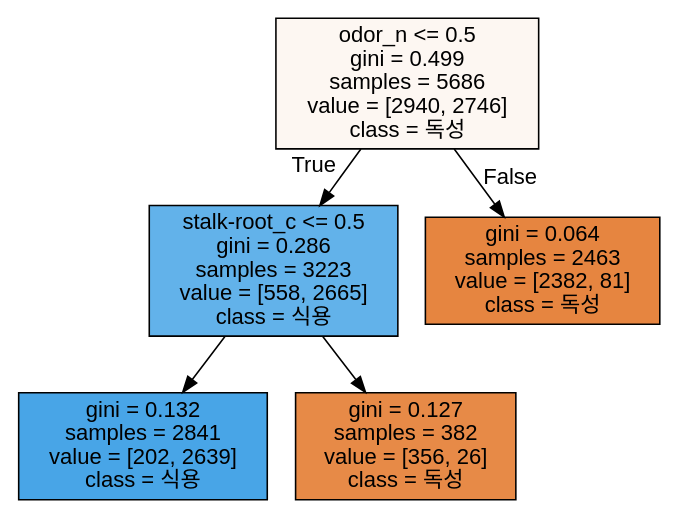
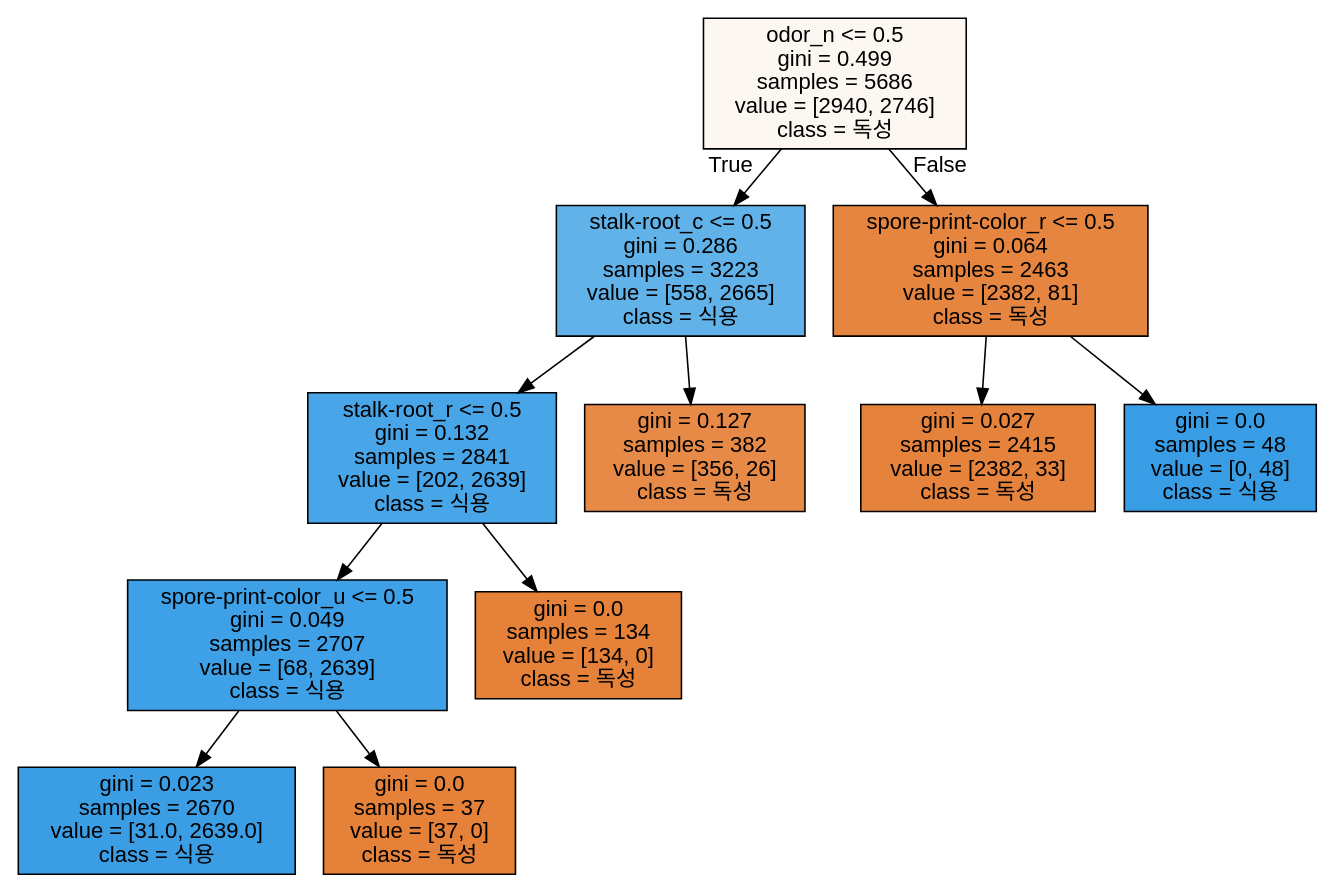
Before and after one commit to hongjinkong/study: the diagram in machine learning/data/tree4.dot, drawn with Graphviz. The commit also changed 13 other files, not shown here.

```diff
--- a/machine learning/data/tree4.dot
+++ b/machine learning/data/tree4.dot
@@ -1,13 +1,25 @@
 digraph Tree {
 node [shape=box, style="filled", color="black", fontname="helvetica"] ;
 edge [fontname="helvetica"] ;
 0 [label="odor_n <= 0.5\ngini = 0.499\nsamples = 5686\nvalue = [2940, 2746]\nclass = 독성", fillcolor="#fdf7f2"] ;
 1 [label="stalk-root_c <= 0.5\ngini = 0.286\nsamples = 3223\nvalue = [558, 2665]\nclass = 식용", fillcolor="#62b2ea"] ;
 0 -> 1 [labeldistance=2.5, labelangle=45, headlabel="True"] ;
-2 [label="gini = 0.132\nsamples = 2841\nvalue = [202, 2639]\nclass = 식용", fillcolor="#48a5e7"] ;
-1 -> 2 ;
-3 [label="gini = 0.127\nsamples = 382\nvalue = [356, 26]\nclass = 독성", fillcolor="#e78a47"] ;
+3 [label="stalk-root_r <= 0.5\ngini = 0.132\nsamples = 2841\nvalue = [202, 2639]\nclass = 식용", fillcolor="#48a5e7"] ;
 1 -> 3 ;
-4 [label="gini = 0.064\nsamples = 2463\nvalue = [2382, 81]\nclass = 독성", fillcolor="#e68540"] ;
-0 -> 4 [labeldistance=2.5, labelangle=-45, headlabel="False"] ;
+5 [label="spore-print-color_u <= 0.5\ngini = 0.049\nsamples = 2707\nvalue = [68, 2639]\nclass = 식용", fillcolor="#3ea0e6"] ;
+3 -> 5 ;
+9 [label="gini = 0.023\nsamples = 2670\nvalue = [31.0, 2639.0]\nclass = 식용", fillcolor="#3b9ee5"] ;
+5 -> 9 ;
+10 [label="gini = 0.0\nsamples = 37\nvalue = [37, 0]\nclass = 독성", fillcolor="#e58139"] ;
+5 -> 10 ;
+6 [label="gini = 0.0\nsamples = 134\nvalue = [134, 0]\nclass = 독성", fillcolor="#e58139"] ;
+3 -> 6 ;
+4 [label="gini = 0.127\nsamples = 382\nvalue = [356, 26]\nclass = 독성", fillcolor="#e78a47"] ;
+1 -> 4 ;
+2 [label="spore-print-color_r <= 0.5\ngini = 0.064\nsamples = 2463\nvalue = [2382, 81]\nclass = 독성", fillcolor="#e68540"] ;
+0 -> 2 [labeldistance=2.5, labelangle=-45, headlabel="False"] ;
+7 [label="gini = 0.027\nsamples = 2415\nvalue = [2382, 33]\nclass = 독성", fillcolor="#e5833c"] ;
+2 -> 7 ;
+8 [label="gini = 0.0\nsamples = 48\nvalue = [0, 48]\nclass = 식용", fillcolor="#399de5"] ;
+2 -> 8 ;
 }
```
